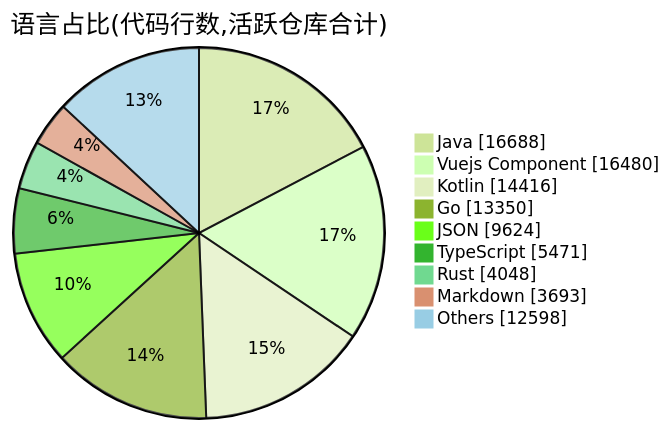
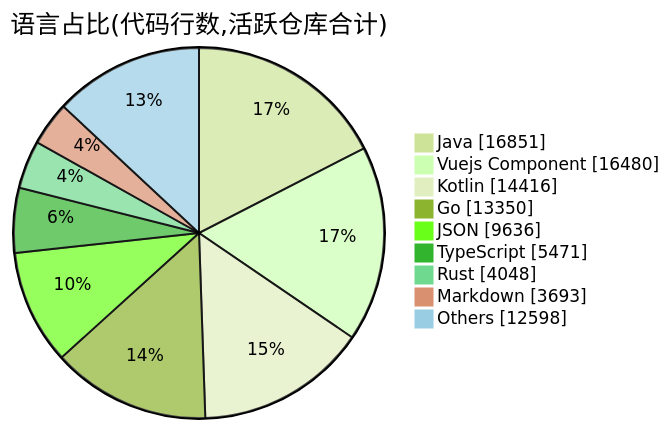
The second of 2 diagrams in profile/README.md (Conflux-Union/.github), drawn with Mermaid (forest theme) before and after one commit. The commit also changed other lines of this file and 1 other file, not shown here.

````diff
--- a/profile/README.md
+++ b/profile/README.md
@@ -74,13 +74,13 @@
 ```mermaid
 pie showData
     title 语言占比(代码行数,活跃仓库合计)
-    "Java" : 16688
+    "Java" : 16851
     "Vuejs Component" : 16480
     "Kotlin" : 14416
     "Go" : 13350
-    "JSON" : 9624
+    "JSON" : 9636
     "TypeScript" : 5471
     "Rust" : 4048
     "Markdown" : 3693
     "Others" : 12598
 ```
````
